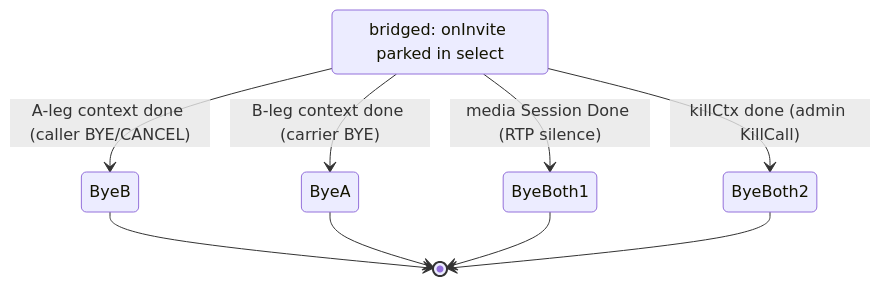
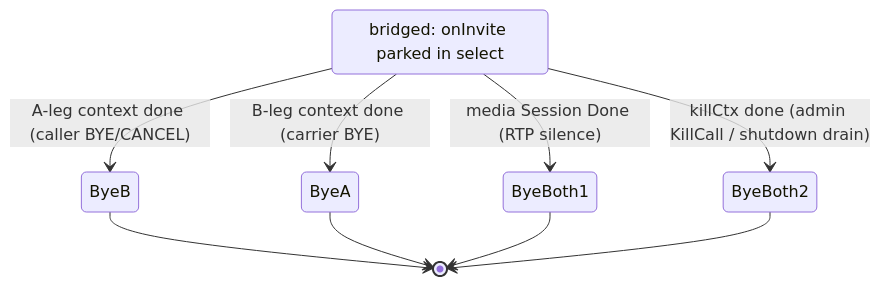
The third of 19 diagrams in docs/design.md (rasonyang/freesbc), drawn with Mermaid before and after one commit. The commit also changed other lines of this file and 4 other files, not shown here.

````diff
--- a/docs/design.md
+++ b/docs/design.md
@@ -1183,12 +1214,12 @@
 ```mermaid
 stateDiagram-v2
     state "bridged: onInvite parked in select" as B
     B --> ByeB: A-leg context done (caller BYE/CANCEL)
     B --> ByeA: B-leg context done (carrier BYE)
     B --> ByeBoth1: media Session Done (RTP silence)
-    B --> ByeBoth2: killCtx done (admin KillCall)
+    B --> ByeBoth2: killCtx done (admin KillCall / shutdown drain)
     ByeB --> [*]
     ByeA --> [*]
     ByeBoth1 --> [*]
     ByeBoth2 --> [*]
 ```
````
